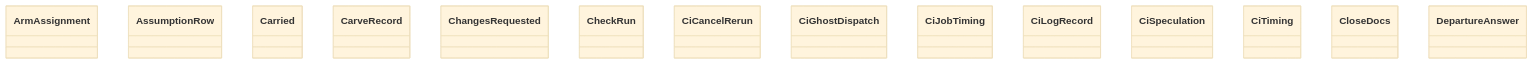
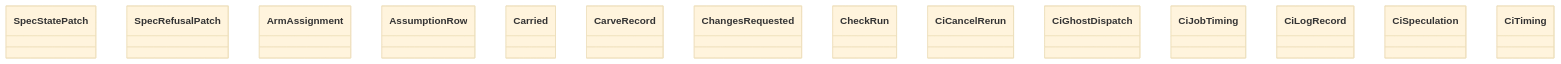
The diagram in docs/architecture/generated/classes-process-domain-state-4.md (GonzaloZevallos/agentic-system), drawn with Mermaid (base theme) before and after one commit. The commit also changed other lines of this file and 18 other files, not shown here.

Commit message:
Add classify, the drawing_checks record and its persistence, and regenerate the architecture docs

````diff
--- a/docs/architecture/generated/classes-process-domain-state-4.md
+++ b/docs/architecture/generated/classes-process-domain-state-4.md
@@ -30,17 +30,17 @@
 ```mermaid
 classDiagram
+    class spec_delivery__SpecStatePatch["SpecStatePatch"]
+    class spec_route__SpecRefusalPatch["SpecRefusalPatch"]
     class task__ArmAssignment["ArmAssignment"]
     class task__AssumptionRow["AssumptionRow"]
     class task__Carried["Carried"]
     class task__CarveRecord["CarveRecord"]
     class task__ChangesRequested["ChangesRequested"]
     class task__CheckRun["CheckRun"]
     class task__CiCancelRerun["CiCancelRerun"]
     class task__CiGhostDispatch["CiGhostDispatch"]
     class task__CiJobTiming["CiJobTiming"]
     class task__CiLogRecord["CiLogRecord"]
     class task__CiSpeculation["CiSpeculation"]
     class task__CiTiming["CiTiming"]
-    class task__CloseDocs["CloseDocs"]
-    class task__DepartureAnswer["DepartureAnswer"]
 ```
````
